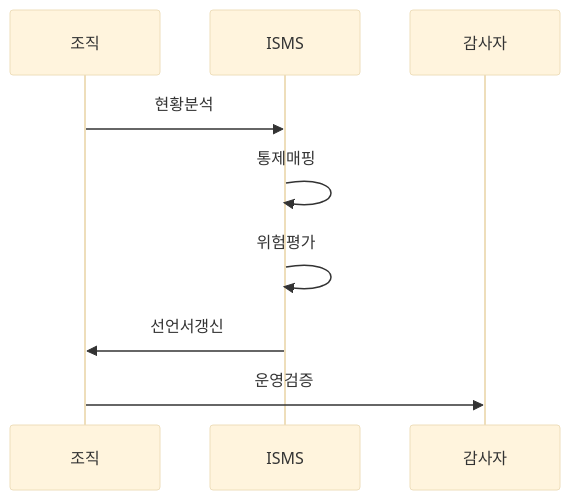
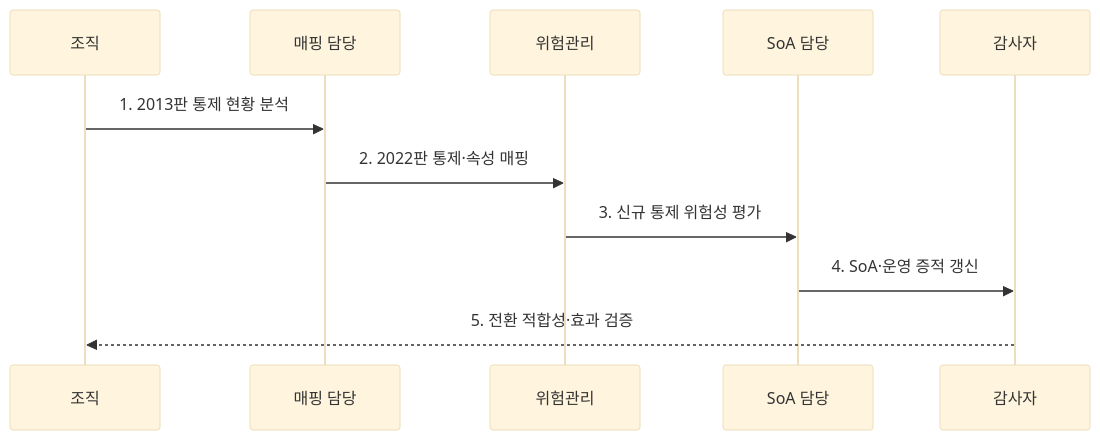
Before and after one commit to agnusdei1207/knowledge-base: the second of 2 diagrams in src/content/docs/notes/05-security/106_iso_27001_2022_revision.md, drawn with Mermaid (base theme). The commit also changed other lines of this file and 6 other files, not shown here.

````diff
--- a/src/content/docs/notes/05-security/106_iso_27001_2022_revision.md
+++ b/src/content/docs/notes/05-security/106_iso_27001_2022_revision.md
@@ -71,11 +76,13 @@
 ```mermaid
 sequenceDiagram
   participant O as 조직
-  participant I as ISMS
+  participant M as 매핑 담당
+  participant R as 위험관리
+  participant S as SoA 담당
   participant A as 감사자
-  O->>I: 현황분석
-  I->>I: 통제매핑
-  I->>I: 위험평가
-  I->>O: 선언서갱신
-  O->>A: 운영검증
+  O->>M: 1. 2013판 통제 현황 분석
+  M->>R: 2. 2022판 통제·속성 매핑
+  R->>S: 3. 신규 통제 위험성 평가
+  S->>A: 4. SoA·운영 증적 갱신
+  A-->>O: 5. 전환 적합성·효과 검증
 ```
````
